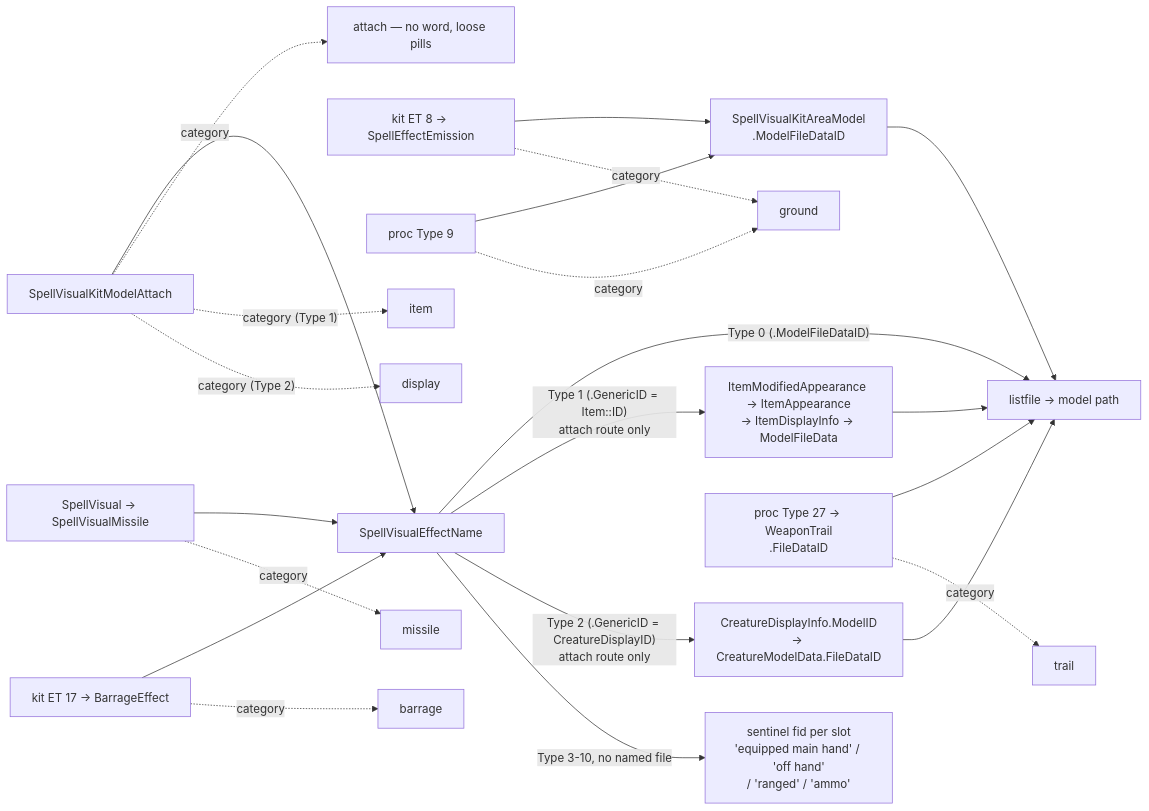
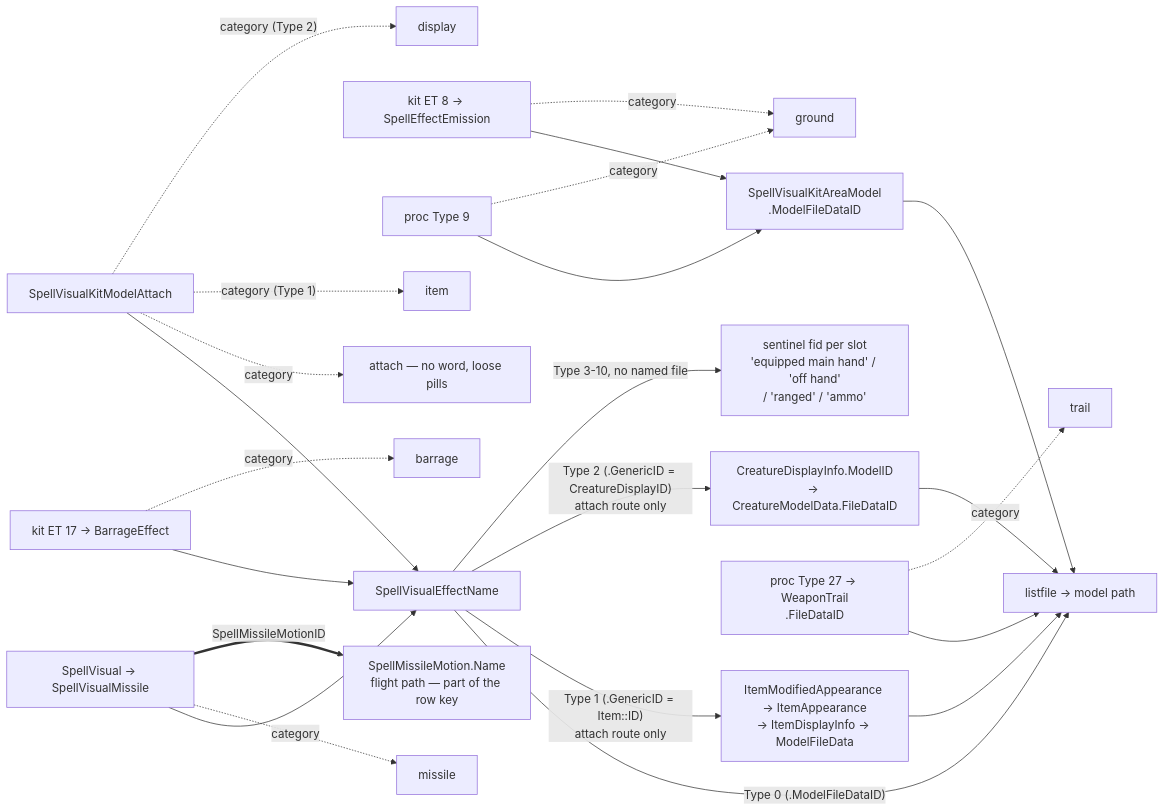
Before and after one commit to Natans8/Epsilook: the fifth of 20 diagrams in docs/DATA_ROUTES.md, drawn with Mermaid. The commit also changed other lines of this file and 15 other files, not shown here.

````diff
--- a/docs/DATA_ROUTES.md
+++ b/docs/DATA_ROUTES.md
@@ -259,24 +259,25 @@
 ```mermaid
 flowchart LR
     A1["SpellVisualKitModelAttach"] --> EN["SpellVisualEffectName"]
     M1["SpellVisual → SpellVisualMissile"] --> EN
     E17["kit ET 17 → BarrageEffect"] --> EN
     EN -->|" Type 0 (.ModelFileDataID) "| LF["listfile → model path"]
     EN -->|" Type 1 (.GenericID = Item::ID)<br/>attach route only "| ITM["ItemModifiedAppearance → ItemAppearance<br/>→ ItemDisplayInfo → ModelFileData"]
     ITM --> LF
     EN -->|" Type 2 (.GenericID = CreatureDisplayID)<br/>attach route only "| CDI["CreatureDisplayInfo.ModelID<br/>→ CreatureModelData.FileDataID"]
     CDI --> LF
     EN -->|" Type 3-10, no named file "| WPN["sentinel fid per slot<br/>'equipped main hand' / 'off hand'<br/>/ 'ranged' / 'ammo'"]
     E8["kit ET 8 → SpellEffectEmission"] --> AM["SpellVisualKitAreaModel<br/>.ModelFileDataID"]
     P9["proc Type 9"] --> AM
     P27["proc Type 27 → WeaponTrail<br/>.FileDataID"] --> LF
     AM --> LF
     A1 -.->|" category "| C0["attach — no word, loose pills"]
     A1 -.->|" category (Type 1) "| C6["item"]
     A1 -.->|" category (Type 2) "| C5["display"]
     M1 -.->|" category "| C1["missile"]
+    M1 ==>|" SpellMissileMotionID "| MO["SpellMissileMotion.Name<br/>flight path — part of the row key"]
     E17 -.->|" category "| C4["barrage"]
     E8 -.->|" category "| C2["ground"]
     P9 -.->|" category "| C2
     P27 -.->|" category "| C3["trail"]
 ```
````
